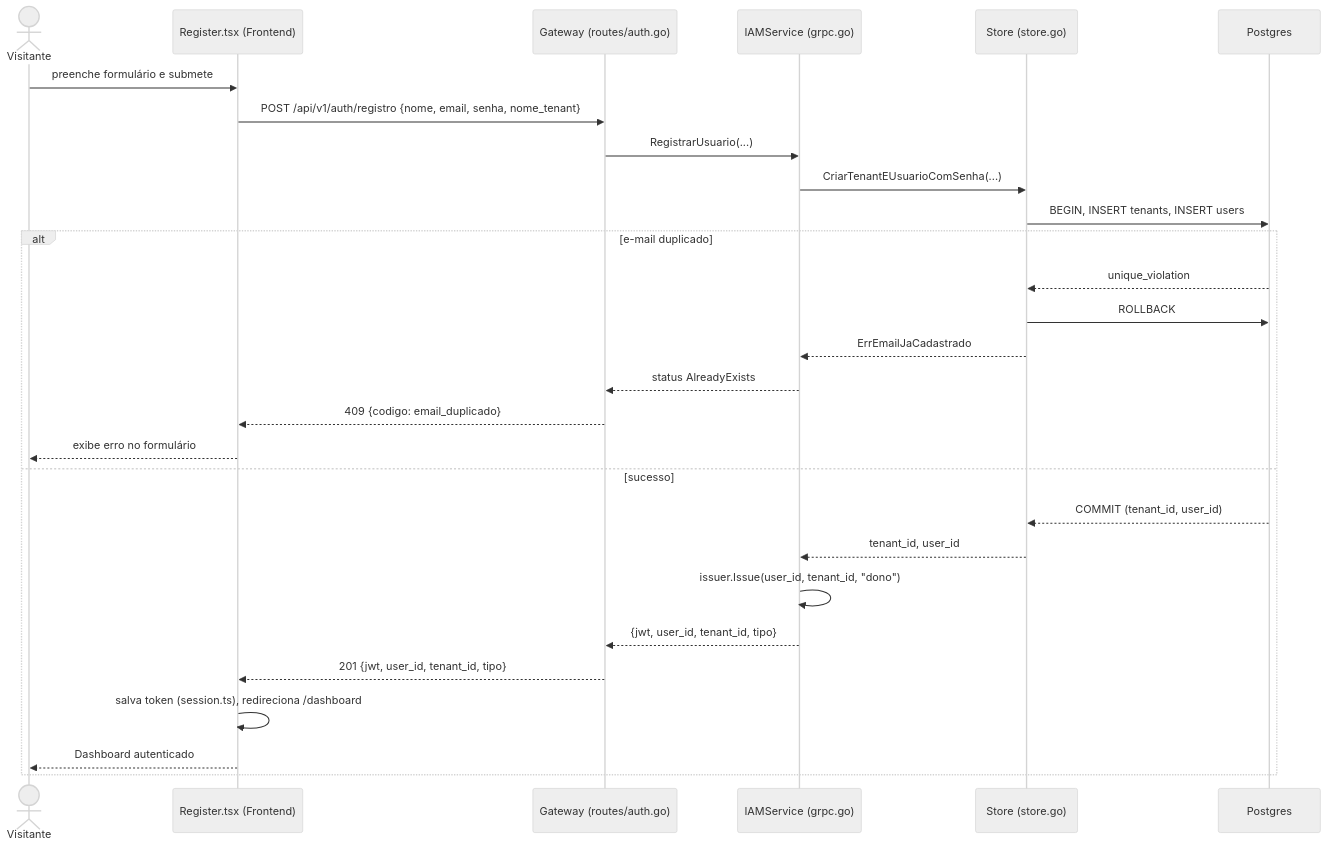
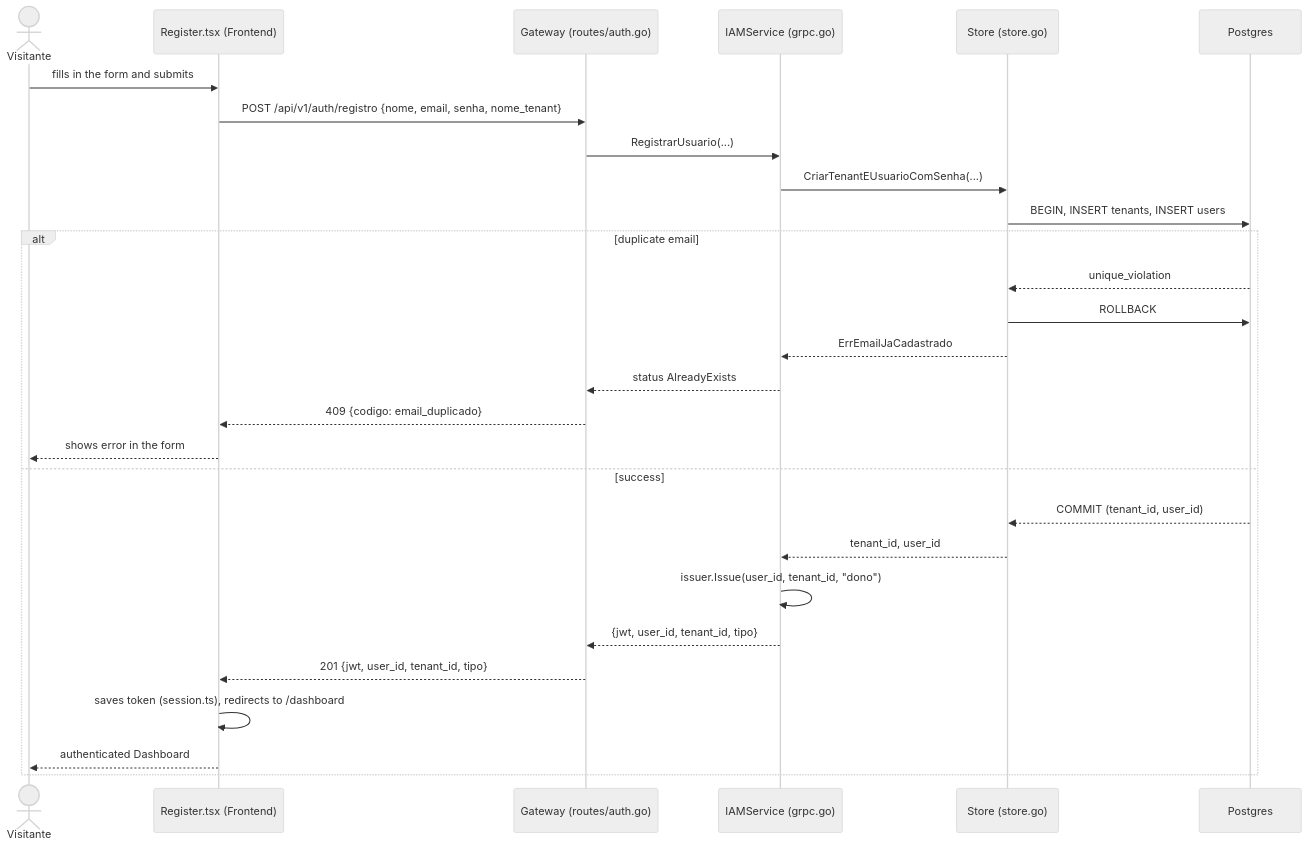
Before and after one commit to GiovaniRodrigo/arquitetura-mach-saas-nocode: the third of 4 diagrams in specs/006-auto-cadastro/spec.md, drawn with Mermaid (neutral theme). The commit also changed other lines of this file and 86 other files, not shown here.

````diff
--- a/specs/006-auto-cadastro/spec.md
+++ b/specs/006-auto-cadastro/spec.md
@@ -155,31 +155,31 @@
 ```mermaid
 sequenceDiagram
   actor Visitante
   participant fe as Register.tsx (Frontend)
   participant gw as Gateway (routes/auth.go)
   participant iam as IAMService (grpc.go)
   participant store as Store (store.go)
   participant db as Postgres
 
-  Visitante->>fe: preenche formulário e submete
+  Visitante->>fe: fills in the form and submits
   fe->>gw: POST /api/v1/auth/registro {nome, email, senha, nome_tenant}
   gw->>iam: RegistrarUsuario(...)
   iam->>store: CriarTenantEUsuarioComSenha(...)
   store->>db: BEGIN, INSERT tenants, INSERT users
-  alt e-mail duplicado
+  alt duplicate email
     db-->>store: unique_violation
     store->>db: ROLLBACK
     store-->>iam: ErrEmailJaCadastrado
     iam-->>gw: status AlreadyExists
     gw-->>fe: 409 {codigo: email_duplicado}
-    fe-->>Visitante: exibe erro no formulário
-  else sucesso
+    fe-->>Visitante: shows error in the form
+  else success
     db-->>store: COMMIT (tenant_id, user_id)
     store-->>iam: tenant_id, user_id
     iam->>iam: issuer.Issue(user_id, tenant_id, "dono")
     iam-->>gw: {jwt, user_id, tenant_id, tipo}
     gw-->>fe: 201 {jwt, user_id, tenant_id, tipo}
-    fe->>fe: salva token (session.ts), redireciona /dashboard
-    fe-->>Visitante: Dashboard autenticado
+    fe->>fe: saves token (session.ts), redirects to /dashboard
+    fe-->>Visitante: authenticated Dashboard
   end
 ```
````
